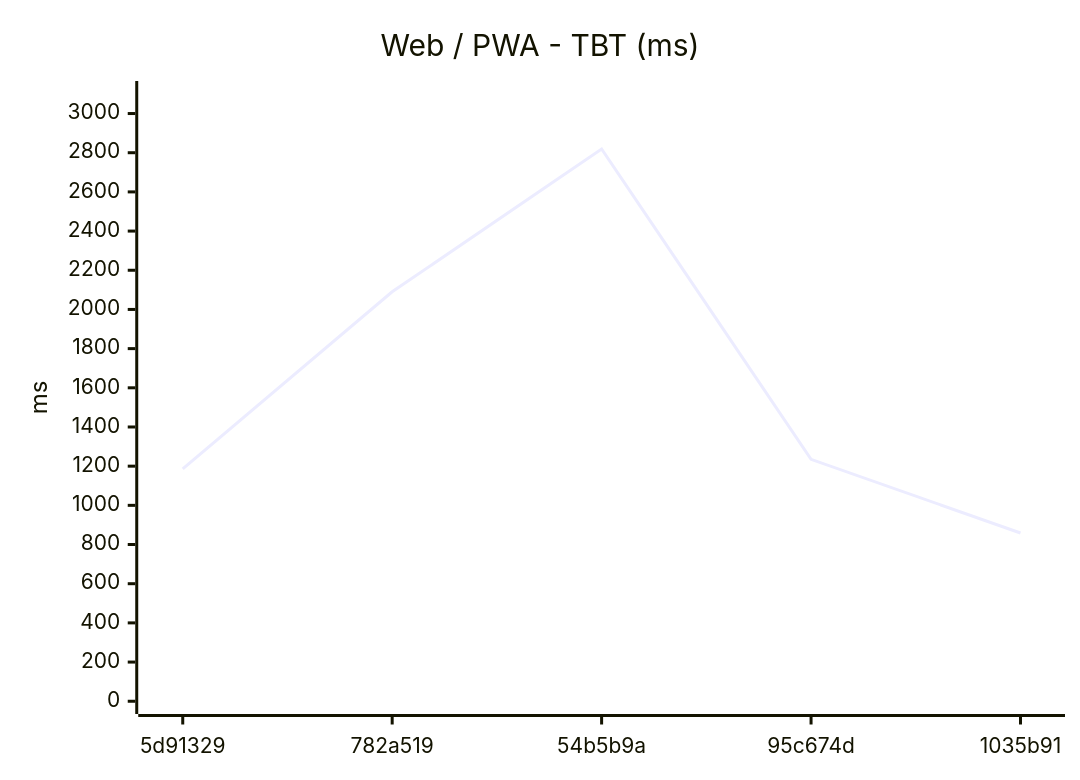
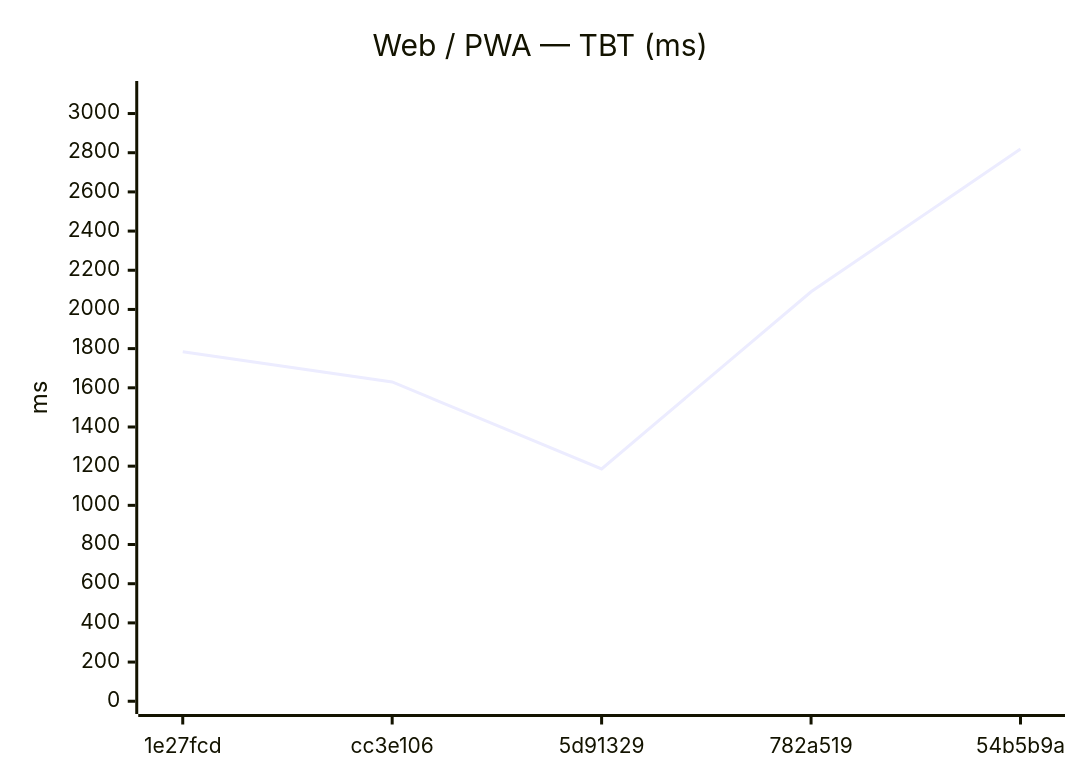
One commit to Metaheurist/Rianell changed the eighth of 18 diagrams in benchmarks/compare.md. Above: the diagram before and after it, drawn with Mermaid. The commit also changed other lines of this file and 12 other files, not shown here.

````diff
--- a/benchmarks/compare.md
+++ b/benchmarks/compare.md
@@ -124,7 +124,7 @@
 ```mermaid
 xychart-beta
-    title "Web / PWA - TBT (ms)"
-    x-axis ["5d91329", "782a519", "54b5b9a", "95c674d", "1035b91"]
+    title "Web / PWA — TBT (ms)"
+    x-axis ["1e27fcd", "cc3e106", "5d91329", "782a519", "54b5b9a"]
     y-axis "ms" 0 --> 3101
-    line [1186, 2090, 2819, 1235, 859]
+    line [1784, 1630, 1186, 2090, 2819]
 ```
````
